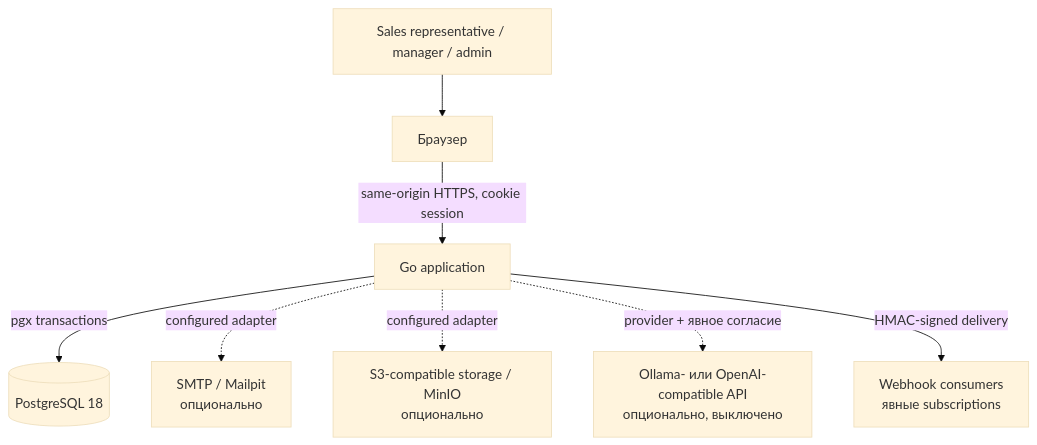
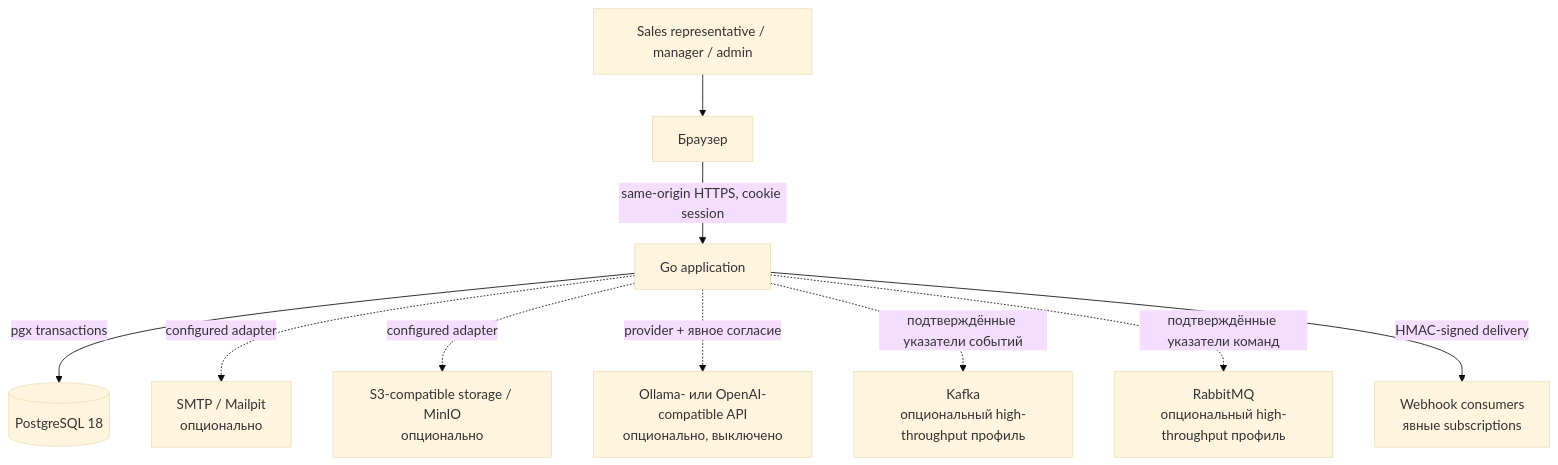
One commit to intrider-dev/veltrix-crm changed the first of 4 diagrams in docs/ARCHITECTURE.ru.md. Above: the diagram before and after it, drawn with Mermaid (base theme). The commit also changed other lines of this file and 30 other files, not shown here.

````diff
--- a/docs/ARCHITECTURE.ru.md
+++ b/docs/ARCHITECTURE.ru.md
@@ -18,19 +18,23 @@
 ```mermaid
 flowchart TB
   U[Sales representative / manager / admin]
   C[Браузер]
   A[Go application]
   D[(PostgreSQL 18)]
   M[SMTP / Mailpit\nопционально]
   S[S3-compatible storage / MinIO\nопционально]
   AI[Ollama- или OpenAI-compatible API\nопционально, выключено]
+  K[Kafka\nопциональный high-throughput профиль]
+  Q[RabbitMQ\nопциональный high-throughput профиль]
   W[Webhook consumers\nявные subscriptions]
 
   U --> C
   C -->|same-origin HTTPS, cookie session| A
   A -->|pgx transactions| D
   A -. configured adapter .-> M
   A -. configured adapter .-> S
   A -. provider + явное согласие .-> AI
+  A -. подтверждённые указатели событий .-> K
+  A -. подтверждённые указатели команд .-> Q
   A -->|HMAC-signed delivery| W
 ```
````
